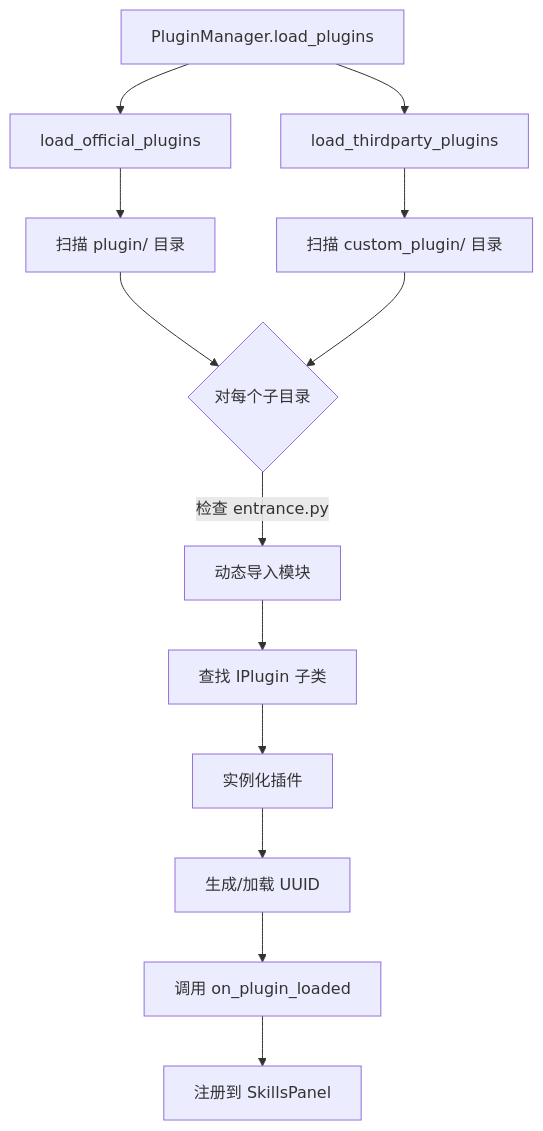
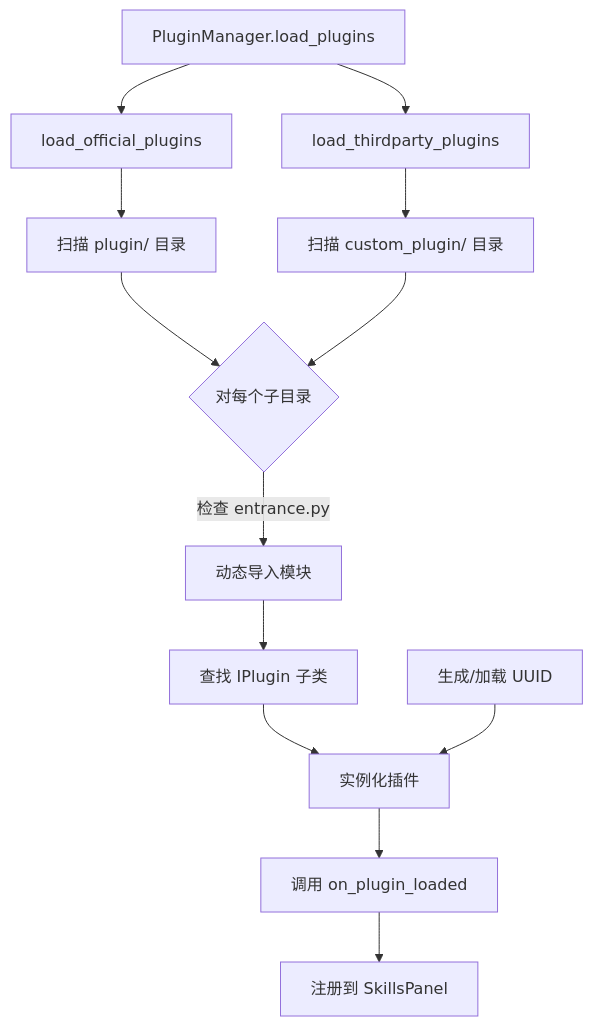
One commit to KKPIP-Tech/InstructionX changed the second of 5 diagrams in docs/core/plugin-system/overview.md. Above: the diagram before and after it, drawn with Mermaid. The commit also changed other lines of this file and 7 other files, not shown here.

````diff
--- a/docs/core/plugin-system/overview.md
+++ b/docs/core/plugin-system/overview.md
@@ -44,18 +44,18 @@
 ```mermaid
 flowchart TD
     A[PluginManager.load_plugins] --> B[load_official_plugins]
     A --> C[load_thirdparty_plugins]
 
     B --> D[扫描 plugin/ 目录]
     C --> E[扫描 custom_plugin/ 目录]
 
     D --> F{对每个子目录}
     E --> F
 
     F -->|检查 entrance.py| G[动态导入模块]
     G --> H[查找 IPlugin 子类]
     H --> I[实例化插件]
-    I --> J[生成/加载 UUID]
-    J --> K[调用 on_plugin_loaded]
+    J[生成/加载 UUID] --> I[实例化插件]
+    I --> K[调用 on_plugin_loaded]
     K --> L[注册到 SkillsPanel]
 ```
````
